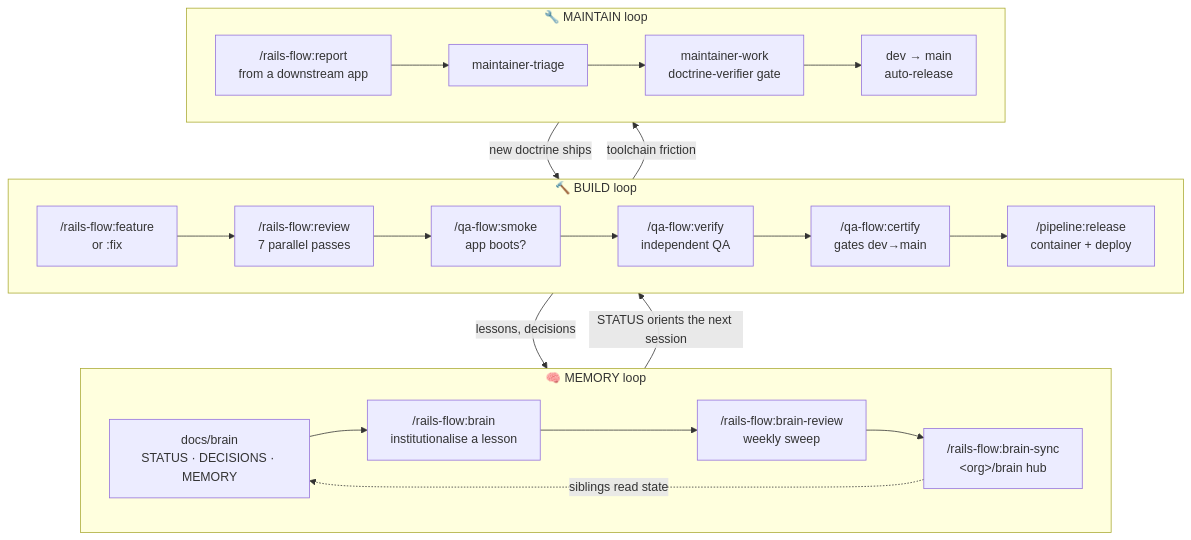
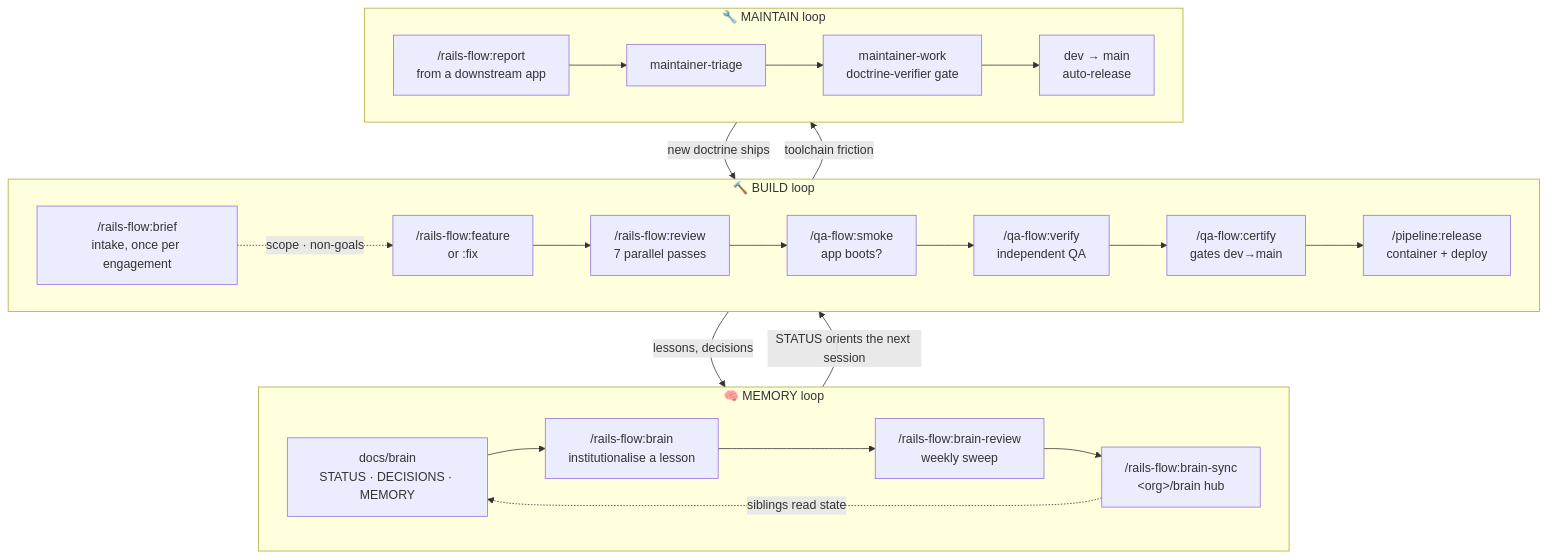
One commit to fmanimashaun/claude-skills changed the diagram in README.md. Above: the diagram before and after it, drawn with Mermaid. The commit also changed other lines of this file and 7 other files, not shown here.

````diff
--- a/README.md
+++ b/README.md
@@ -53,31 +53,32 @@
 ```mermaid
 flowchart TB
     subgraph BUILD["🔨 BUILD loop"]
         direction LR
+        B0["/rails-flow:brief<br/>intake, once per engagement"] -.->|scope · non-goals| B1
         B1["/rails-flow:feature<br/>or :fix"] --> B2["/rails-flow:review<br/>7 parallel passes"]
         B2 --> B3["/qa-flow:smoke<br/>app boots?"]
         B3 --> B4["/qa-flow:verify<br/>independent QA"]
         B4 --> B5["/qa-flow:certify<br/>gates dev→main"]
         B5 --> B6["/pipeline:release<br/>container + deploy"]
     end
 
     subgraph MEMORY["🧠 MEMORY loop"]
         direction LR
         M1["docs/brain<br/>STATUS · DECISIONS · MEMORY"] --> M2["/rails-flow:brain<br/>institutionalise a lesson"]
         M2 --> M3["/rails-flow:brain-review<br/>weekly sweep"]
         M3 --> M4["/rails-flow:brain-sync<br/>&lt;org&gt;/brain hub"]
         M4 -.->|siblings read state| M1
     end
 
     subgraph MAINTAIN["🔧 MAINTAIN loop"]
         direction LR
         T1["/rails-flow:report<br/>from a downstream app"] --> T2["maintainer-triage"]
         T2 --> T3["maintainer-work<br/>doctrine-verifier gate"]
         T3 --> T4["dev → main<br/>auto-release"]
     end
 
     BUILD -->|lessons, decisions| MEMORY
     BUILD -->|toolchain friction| MAINTAIN
     MAINTAIN -->|new doctrine ships| BUILD
     MEMORY -->|STATUS orients the next session| BUILD
 ```
````
